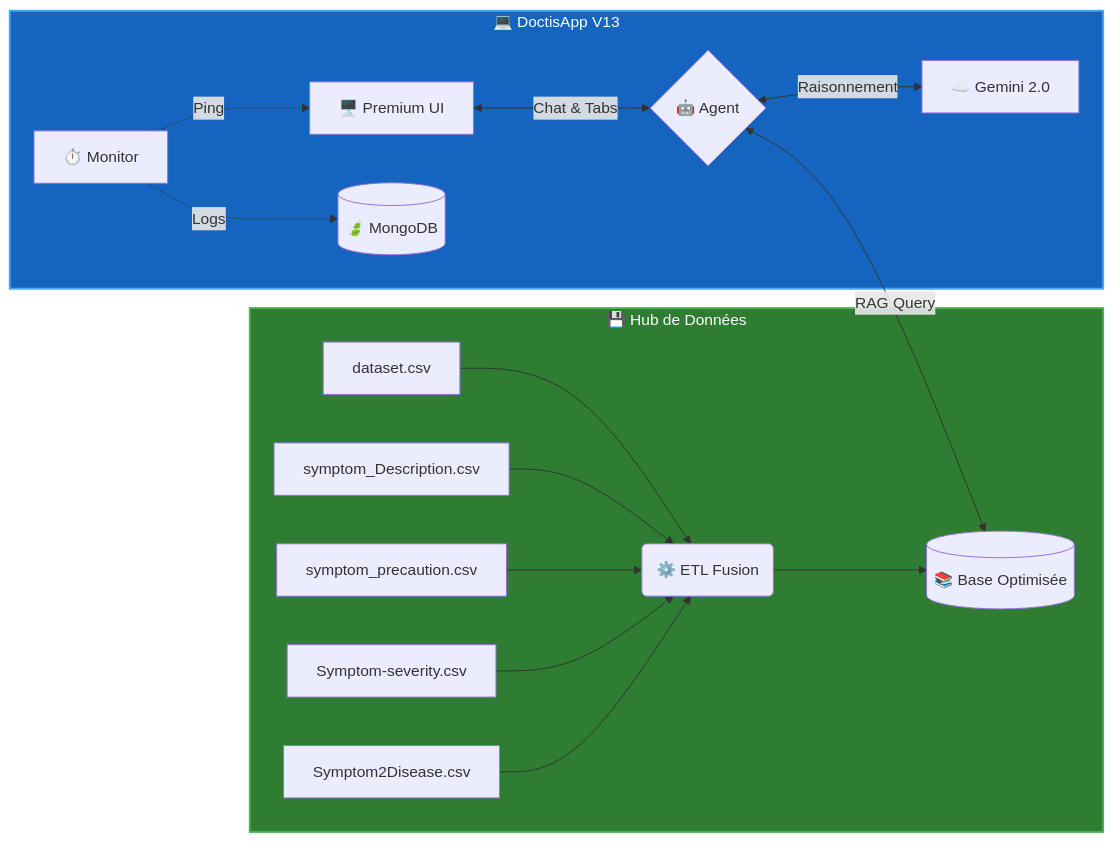
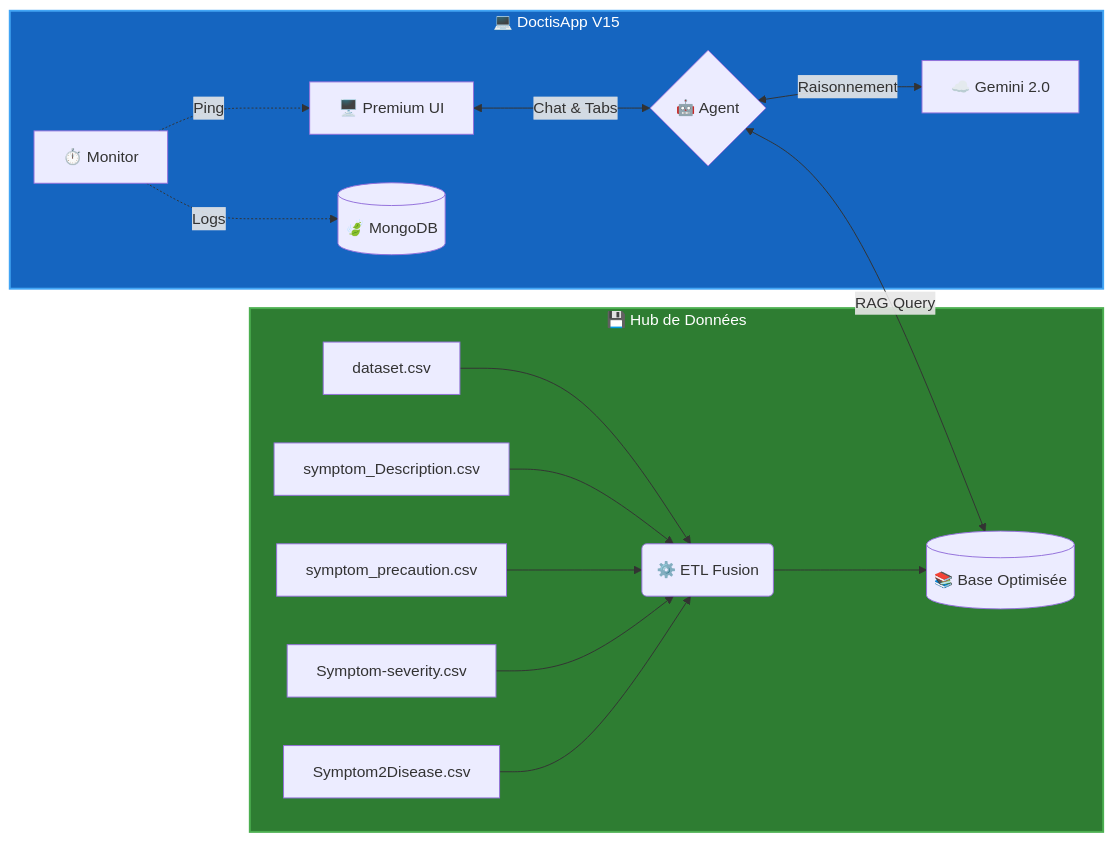
The first of 2 diagrams in README.md (Adam-Blf/Projet-IA-Generative-Doctis-AI-mo), drawn with Mermaid before and after one commit. The commit also changed other lines of this file, not shown here.

````diff
--- a/README.md
+++ b/README.md
@@ -69,19 +69,19 @@
 ```mermaid
 graph LR
     subgraph Data [💾 Hub de Données]
         D1[dataset.csv] & D2[symptom_Description.csv] & D3[symptom_precaution.csv] --> ETL(⚙️ ETL Fusion);
         D4[Symptom-severity.csv] & D5[Symptom2Disease.csv] --> ETL;
         ETL --> KB[(📚 Base Optimisée)];
     end
 
-    subgraph App [💻 DoctisApp V13]
+    subgraph App [💻 DoctisApp V15]
         UI[🖥️ Premium UI] <-->|Chat & Tabs| A{🤖 Agent};
         A <-->|Raisonnement| G[☁️ Gemini 2.0];
         A <-->|RAG Query| KB;
         M[⏱️ Monitor] -.->|Ping| UI;
         M -.->|Logs| DB[(🍃 MongoDB)];
     end
     
     style Data fill:#2e7d32,stroke:#4caf50,stroke-width:2px,color:#fff
     style App fill:#1565c0,stroke:#42a5f5,stroke-width:2px,color:#fff
 ```
````
